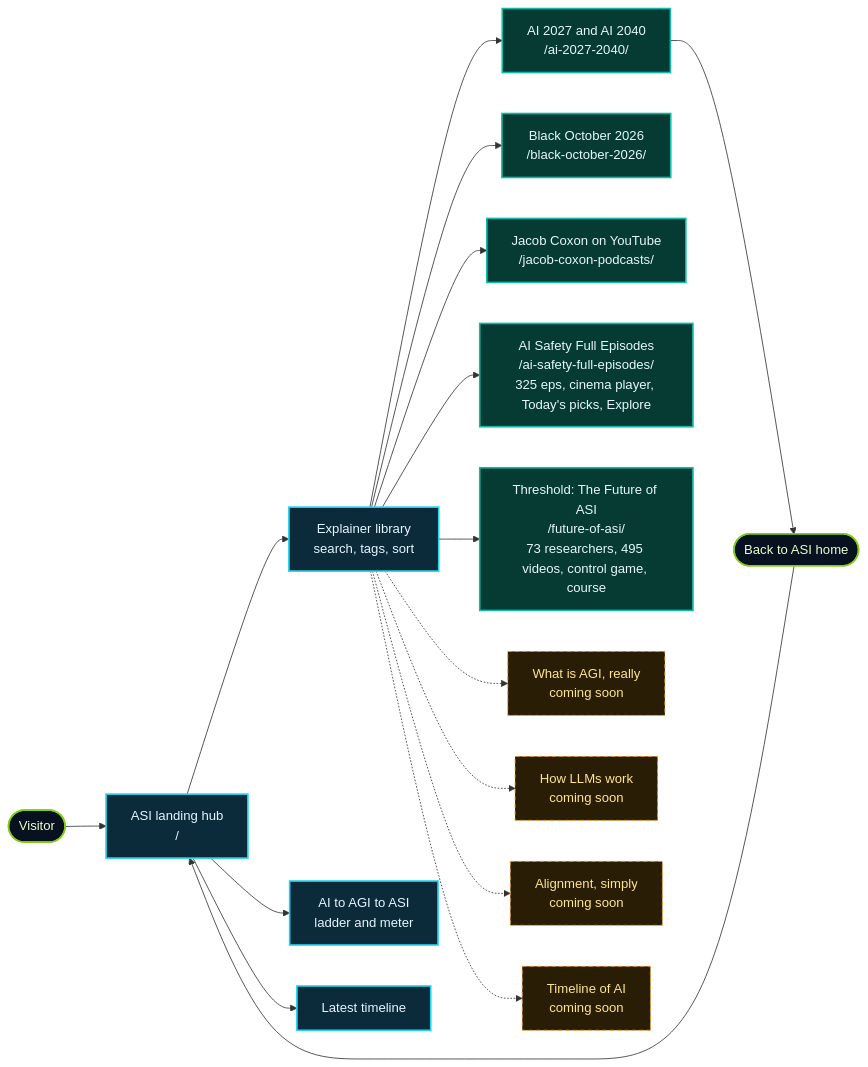
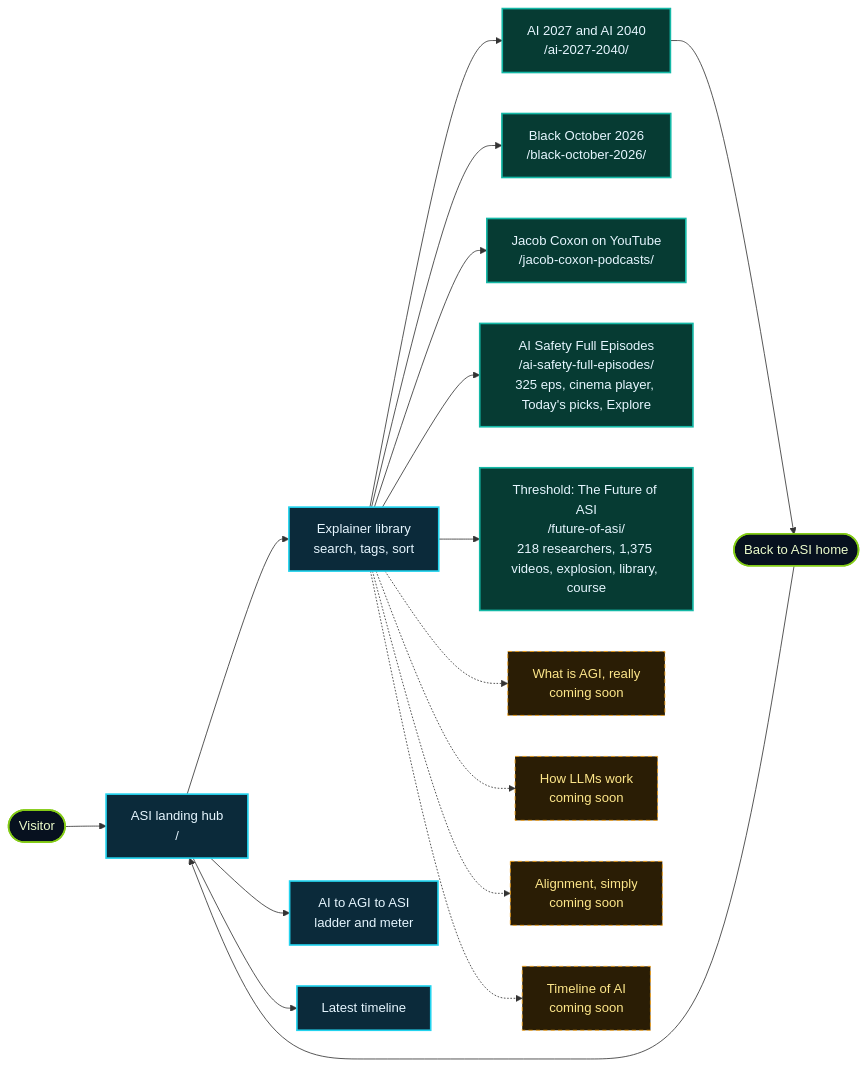
The first of 13 diagrams in README.md (lo3elyon/ASI), drawn with Mermaid before and after one commit. The commit also changed other lines of this file and 689 other files, not shown here.

Commit message:
Threshold Round 2: overlays, 218 researchers, photos, logos, 1,375 videos, course v2, intelligence explosion, library

````diff
--- a/README.md
+++ b/README.md
@@ -71,26 +71,26 @@
 ```mermaid
 flowchart LR
     V(["Visitor"]) --> H["ASI landing hub<br/>/"]
     H --> L["Explainer library<br/>search, tags, sort"]
     H --> G["AI to AGI to ASI<br/>ladder and meter"]
     H --> T["Latest timeline"]
     L --> E1["AI 2027 and AI 2040<br/>/ai-2027-2040/"]
     L --> E6["Black October 2026<br/>/black-october-2026/"]
     L --> E7["Jacob Coxon on YouTube<br/>/jacob-coxon-podcasts/"]
     L --> E8["AI Safety Full Episodes<br/>/ai-safety-full-episodes/<br/>325 eps, cinema player, Today's picks, Explore"]
-    L --> E9["Threshold: The Future of ASI<br/>/future-of-asi/<br/>73 researchers, 495 videos, control game, course"]
+    L --> E9["Threshold: The Future of ASI<br/>/future-of-asi/<br/>218 researchers, 1,375 videos, explosion, library, course"]
     L -.-> E2["What is AGI, really<br/>coming soon"]
     L -.-> E3["How LLMs work<br/>coming soon"]
     L -.-> E4["Alignment, simply<br/>coming soon"]
     L -.-> E5["Timeline of AI<br/>coming soon"]
     E1 --> B(["Back to ASI home"])
     B --> H
     classDef hub fill:#0b2a3a,stroke:#22d3ee,stroke-width:2px,color:#e6f6ff
     classDef live fill:#063b33,stroke:#14b8a6,stroke-width:2px,color:#e6f6ff
     classDef soon fill:#2a1d05,stroke:#f59e0b,stroke-dasharray:5 4,color:#fde68a
     classDef user fill:#07111f,stroke:#84cc16,stroke-width:2px,color:#ecfccb
     class H,L,G,T hub
     class E1,E6,E7,E8,E9 live
     class E2,E3,E4,E5 soon
     class V,B user
 ```
````
